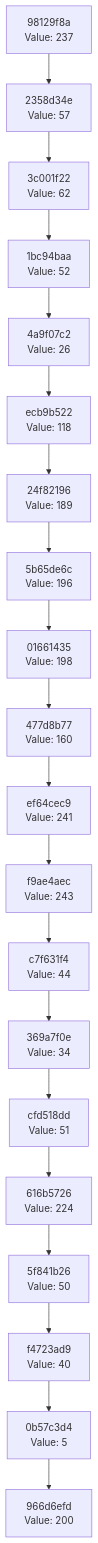
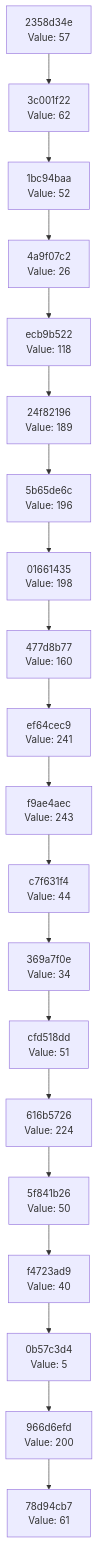
Before and after one commit to Abhisheksinha1506/hash-chain-evolver: the diagram in docs/CHAIN_VISUALIZATION.md, drawn with Mermaid. The commit also changed 2 other files, not shown here.

Commit message:
Evolution step: hash 0x3D → action executed

````diff
--- a/docs/CHAIN_VISUALIZATION.md
+++ b/docs/CHAIN_VISUALIZATION.md
@@ -3,42 +3,42 @@
 ```mermaid
 graph TD
-    C0["966d6efd<br/>Value: 200"]
-    C1["0b57c3d4<br/>Value: 5"]
+    C0["78d94cb7<br/>Value: 61"]
+    C1["966d6efd<br/>Value: 200"]
     C1 --> C0
-    C2["f4723ad9<br/>Value: 40"]
+    C2["0b57c3d4<br/>Value: 5"]
     C2 --> C1
-    C3["5f841b26<br/>Value: 50"]
+    C3["f4723ad9<br/>Value: 40"]
     C3 --> C2
-    C4["616b5726<br/>Value: 224"]
+    C4["5f841b26<br/>Value: 50"]
     C4 --> C3
-    C5["cfd518dd<br/>Value: 51"]
+    C5["616b5726<br/>Value: 224"]
     C5 --> C4
-    C6["369a7f0e<br/>Value: 34"]
+    C6["cfd518dd<br/>Value: 51"]
     C6 --> C5
-    C7["c7f631f4<br/>Value: 44"]
+    C7["369a7f0e<br/>Value: 34"]
     C7 --> C6
-    C8["f9ae4aec<br/>Value: 243"]
+    C8["c7f631f4<br/>Value: 44"]
     C8 --> C7
-    C9["ef64cec9<br/>Value: 241"]
+    C9["f9ae4aec<br/>Value: 243"]
     C9 --> C8
-    C10["477d8b77<br/>Value: 160"]
+    C10["ef64cec9<br/>Value: 241"]
     C10 --> C9
-    C11["01661435<br/>Value: 198"]
+    C11["477d8b77<br/>Value: 160"]
     C11 --> C10
-    C12["5b65de6c<br/>Value: 196"]
+    C12["01661435<br/>Value: 198"]
     C12 --> C11
-    C13["24f82196<br/>Value: 189"]
+    C13["5b65de6c<br/>Value: 196"]
     C13 --> C12
-    C14["ecb9b522<br/>Value: 118"]
+    C14["24f82196<br/>Value: 189"]
     C14 --> C13
-    C15["4a9f07c2<br/>Value: 26"]
+    C15["ecb9b522<br/>Value: 118"]
     C15 --> C14
-    C16["1bc94baa<br/>Value: 52"]
+    C16["4a9f07c2<br/>Value: 26"]
     C16 --> C15
-    C17["3c001f22<br/>Value: 62"]
+    C17["1bc94baa<br/>Value: 52"]
     C17 --> C16
-    C18["2358d34e<br/>Value: 57"]
+    C18["3c001f22<br/>Value: 62"]
     C18 --> C17
-    C19["98129f8a<br/>Value: 237"]
+    C19["2358d34e<br/>Value: 57"]
     C19 --> C18
 ```
````
